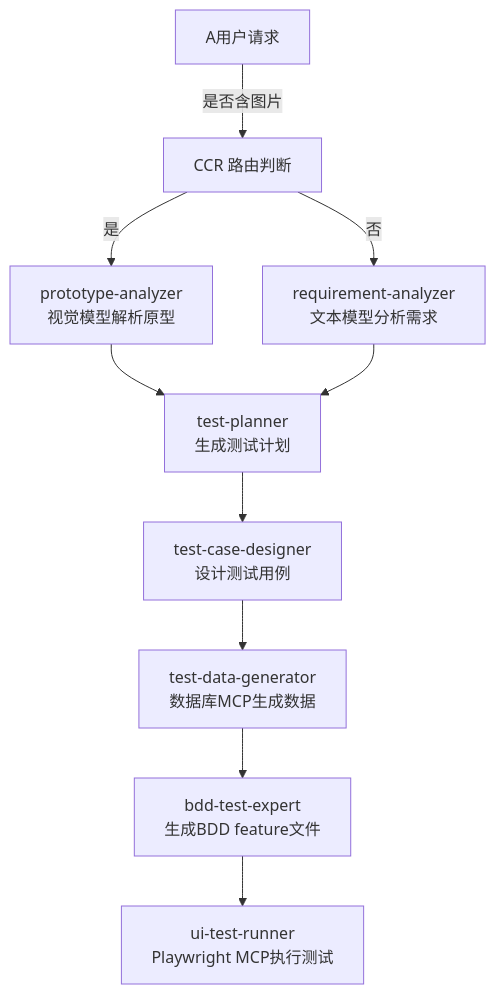
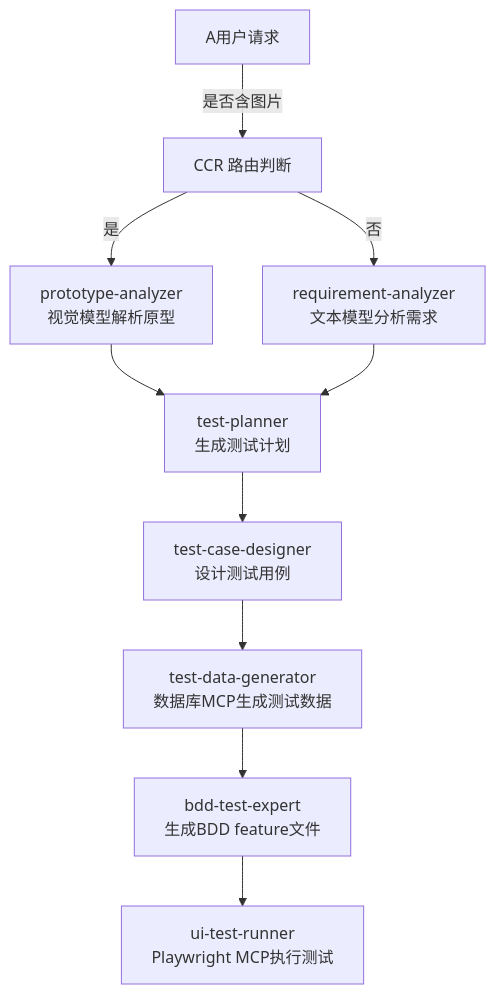
The diagram in .claude/agents/README.md (SuperOuxx/claude-code-router-ui), drawn with Mermaid before and after one commit. The commit also changed 24 other files, not shown here.

````diff
--- a/.claude/agents/README.md
+++ b/.claude/agents/README.md
@@ -7,12 +7,12 @@
 ```mermaid
 graph TD
     A用户请求 -->|是否含图片| B[CCR 路由判断]
     B -->|是| C[prototype-analyzer<br/>视觉模型解析原型]
     B -->|否| D[requirement-analyzer<br/>文本模型分析需求]
     C --> E[test-planner<br/>生成测试计划]
     D --> E
     E --> F[test-case-designer<br/>设计测试用例]
-    F --> G[test-data-generator<br/>数据库MCP生成数据]
+    F --> G[test-data-generator<br/>数据库MCP生成测试数据]
     G --> H[bdd-test-expert<br/>生成BDD feature文件]
     H --> I[ui-test-runner<br/>Playwright MCP执行测试]
 ```
````
